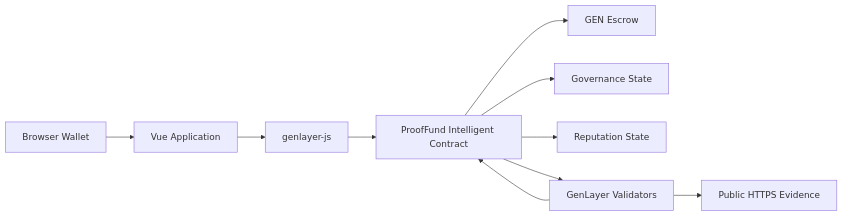
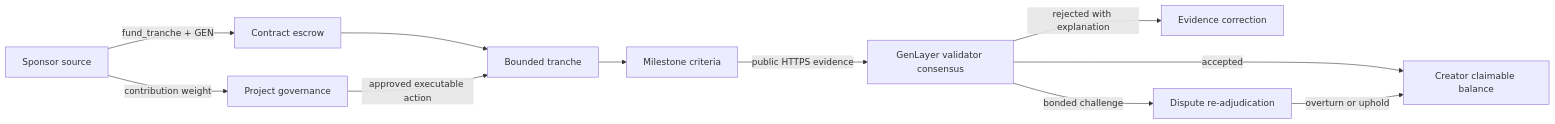
Before and after one commit to AbstrusImad/prooffund: the diagram in README.md, drawn with Mermaid. The commit also changed other lines of this file and 9 other files, not shown here.

Commit message:
Redesign ProofFund as a kinetic capital flow

````diff
--- a/README.md
+++ b/README.md
@@ -102,12 +50,13 @@
 ```mermaid
 flowchart LR
-    W["Browser Wallet"] --> UI["Vue Application"]
-    UI --> SDK["genlayer-js"]
-    SDK --> IC["ProofFund Intelligent Contract"]
-    IC --> ESC["GEN Escrow"]
-    IC --> GOV["Governance State"]
-    IC --> REP["Reputation State"]
-    IC --> VAL["GenLayer Validators"]
-    VAL --> WEB["Public HTTPS Evidence"]
-    VAL --> IC
+    S["Sponsor source"] -->|fund_tranche + GEN| E["Contract escrow"]
+    E --> T["Bounded tranche"]
+    T --> M["Milestone criteria"]
+    M -->|public HTTPS evidence| V["GenLayer validator consensus"]
+    V -->|accepted| R["Creator claimable balance"]
+    V -->|rejected with explanation| C["Evidence correction"]
+    V -->|bonded challenge| D["Dispute re-adjudication"]
+    D -->|overturn or uphold| R
+    S -->|contribution weight| G["Project governance"]
+    G -->|approved executable action| T
 ```
````
